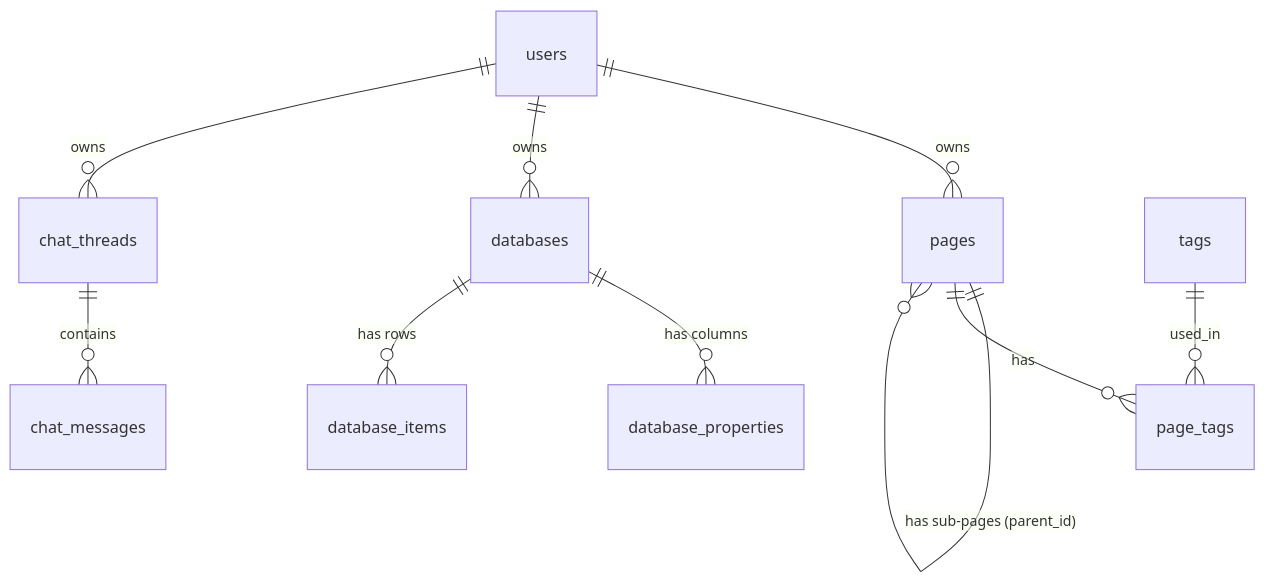
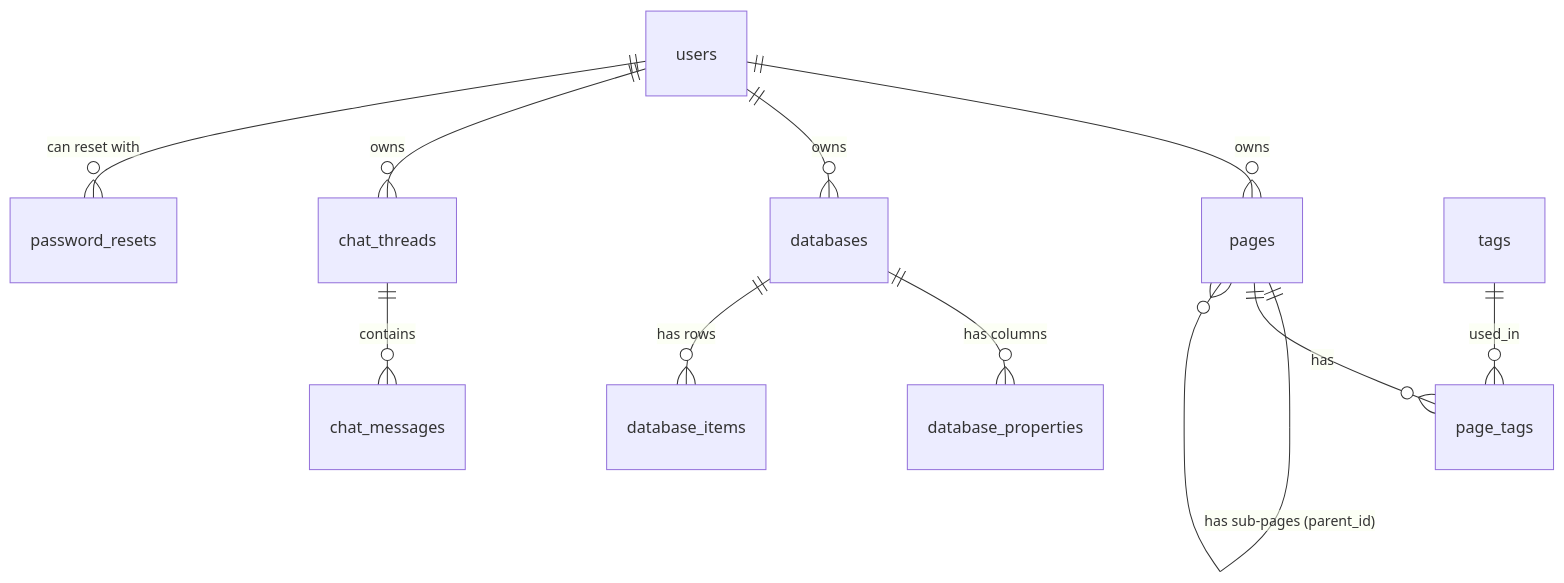
The diagram in Motion/docs/DATABASE.md (Garuli/projects), drawn with Mermaid before and after one commit. The commit also changed other lines of this file and 38 other files, not shown here.

Commit message:
Add password reset, security hardening and local AI documentation

````diff
--- a/Motion/docs/DATABASE.md
+++ b/Motion/docs/DATABASE.md
@@ -7,12 +7,13 @@
 ```mermaid
 erDiagram
     users ||--o{ pages : owns
     users ||--o{ databases : owns
     users ||--o{ chat_threads : owns
+    users ||--o{ password_resets : "can reset with"
     pages ||--o{ pages : "has sub-pages (parent_id)"
     pages ||--o{ page_tags : has
     tags ||--o{ page_tags : used_in
     databases ||--o{ database_properties : "has columns"
     databases ||--o{ database_items : "has rows"
     chat_threads ||--o{ chat_messages : contains
 ```
````
